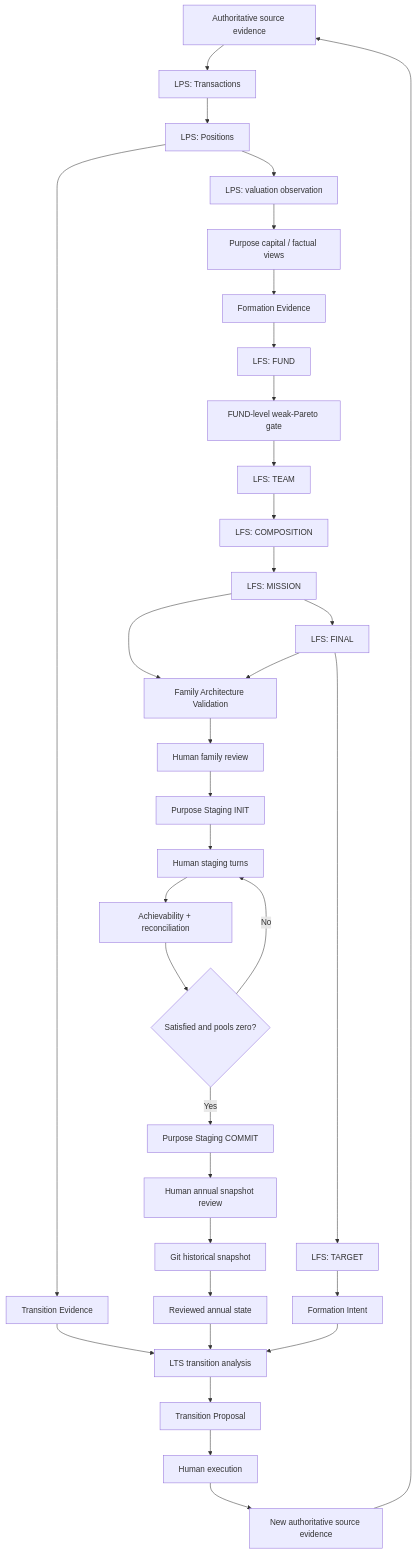
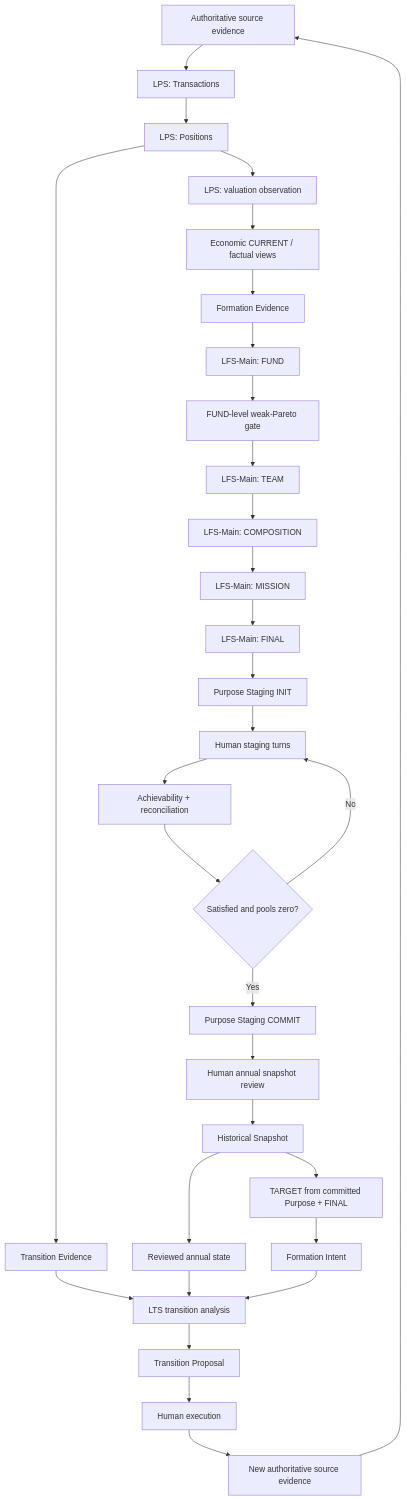
One commit to rrajeshkannan/lakshya changed the first of 13 diagrams in docs/Lakshya_Pipeline_Sequence.md. Above: the diagram before and after it, drawn with Mermaid. The commit also changed other lines of this file, not shown here.

Commit message:
Update execution sequence and remove obsolete family validation

````diff
--- a/docs/Lakshya_Pipeline_Sequence.md
+++ b/docs/Lakshya_Pipeline_Sequence.md
@@ -50,39 +50,36 @@
 ```mermaid
 flowchart TD
     A[Authoritative source evidence] --> B[LPS: Transactions]
     B --> C[LPS: Positions]
     C --> D[LPS: valuation observation]
-    D --> E[Purpose capital / factual views]
+    D --> E[Economic CURRENT / factual views]
 
     E --> F[Formation Evidence]
-    F --> G[LFS: FUND]
+    F --> G[LFS-Main: FUND]
     G --> H[FUND-level weak-Pareto gate]
-    H --> I[LFS: TEAM]
-    I --> J[LFS: COMPOSITION]
-    J --> K[LFS: MISSION]
-    K --> L[LFS: FINAL]
-    L --> M[LFS: TARGET]
+    H --> I[LFS-Main: TEAM]
+    I --> J[LFS-Main: COMPOSITION]
+    J --> K[LFS-Main: MISSION]
+    K --> L[LFS-Main: FINAL]
 
-    K --> N[Family Architecture Validation]
-    L --> N
-    N --> O[Human family review]
-    O --> P[Purpose Staging INIT]
-    P --> Q[Human staging turns]
-    Q --> R[Achievability + reconciliation]
-    R --> S{Satisfied and pools zero?}
-    S -->|No| Q
-    S -->|Yes| T[Purpose Staging COMMIT]
-    T --> U[Human annual snapshot review]
-    U --> V[Git historical snapshot]
+    L --> M[Purpose Staging INIT]
+    M --> N[Human staging turns]
+    N --> O[Achievability + reconciliation]
+    O --> P{Satisfied and pools zero?}
+    P -->|No| N
+    P -->|Yes| Q[Purpose Staging COMMIT]
+    Q --> R[Human annual snapshot review]
+    R --> S[Historical Snapshot]
+    S --> T[TARGET from committed Purpose + FINAL]
 
-    C --> W[Transition Evidence]
-    V --> W2[Reviewed annual state]
-    M --> X[Formation Intent]
-    W --> Y[LTS transition analysis]
-    W2 --> Y
-    X --> Y
-    Y --> Z[Transition Proposal]
-    Z --> AA[Human execution]
-    AA --> AB[New authoritative source evidence]
-    AB --> A
+    C --> U[Transition Evidence]
+    S --> V[Reviewed annual state]
+    T --> W[Formation Intent]
+    U --> X[LTS transition analysis]
+    V --> X
+    W --> X
+    X --> Y[Transition Proposal]
+    Y --> Z[Human execution]
+    Z --> AA[New authoritative source evidence]
+    AA --> A
 ```
````
